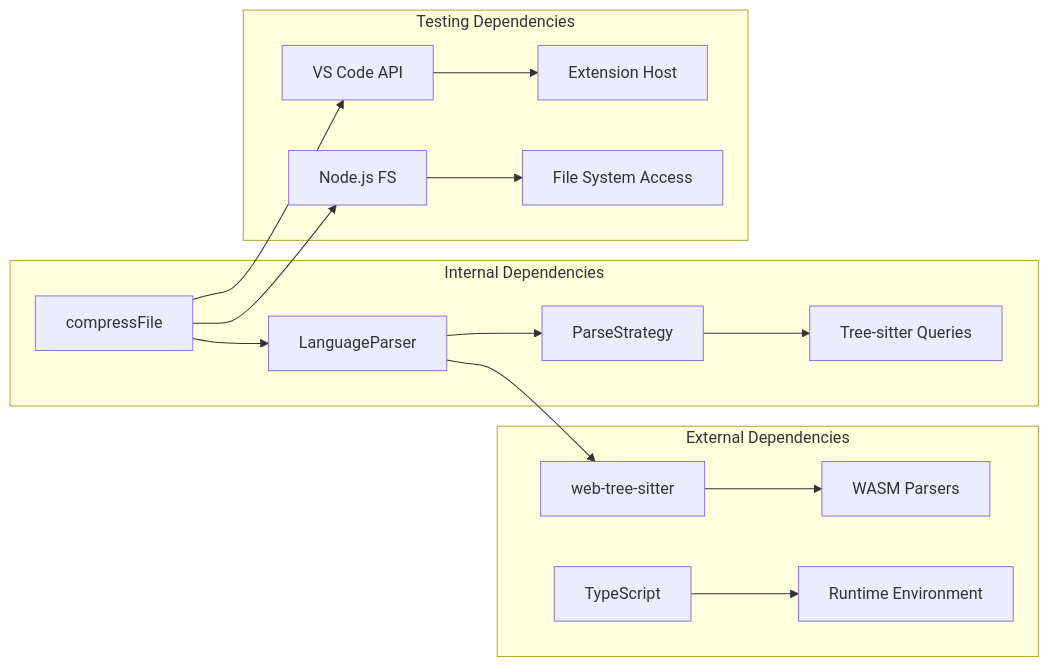
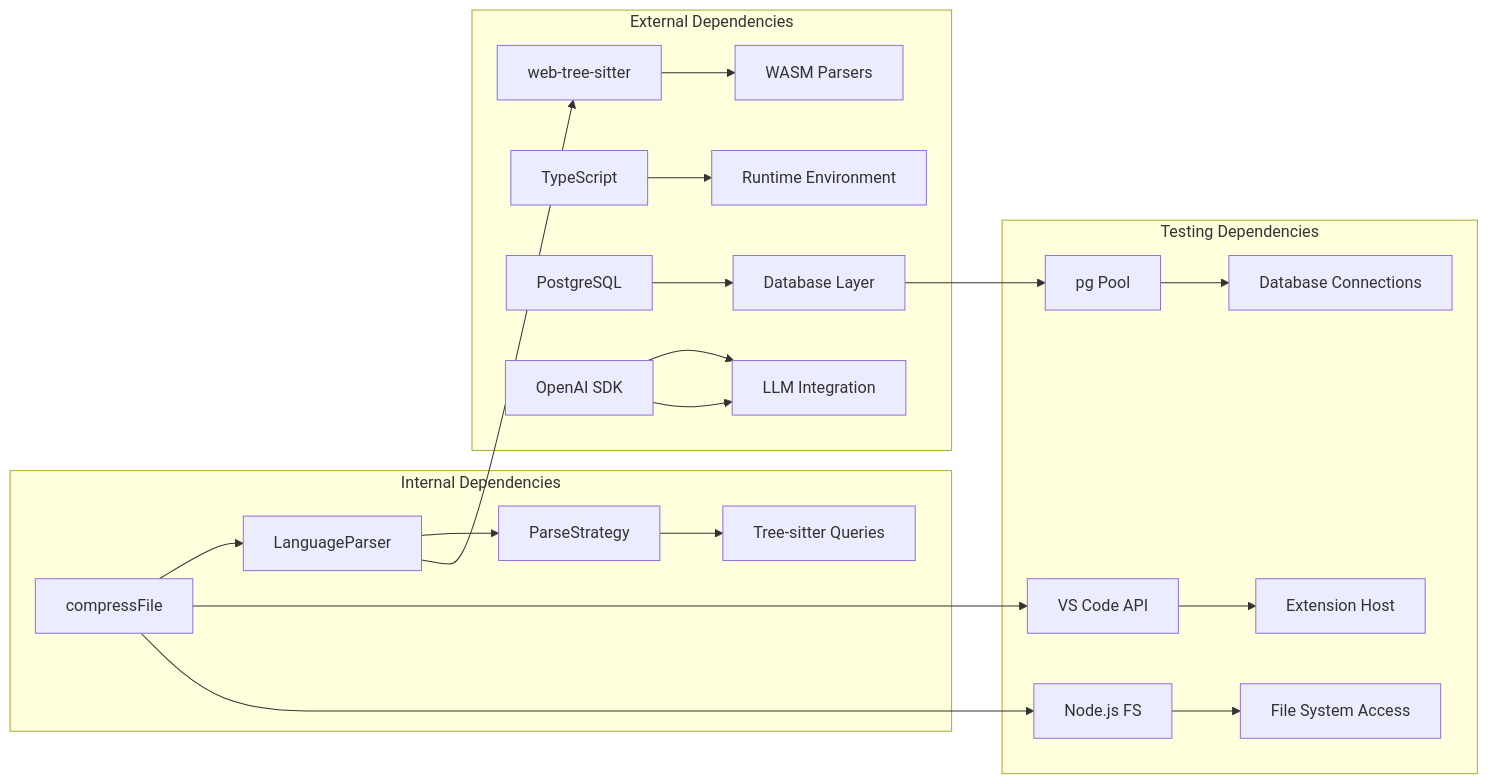
One commit to bramburn/repomix-runner changed the sixth of 6 diagrams in .qoder/repowiki/en/content/Testing Framework/Compression Testing Framework.md. Above: the diagram before and after it, drawn with Mermaid. The commit also changed other lines of this file and 14 other files, not shown here.

````diff
--- a/.qoder/repowiki/en/content/Testing Framework/Compression Testing Framework.md
+++ b/.qoder/repowiki/en/content/Testing Framework/Compression Testing Framework.md
@@ -266,19 +338,24 @@
 ```mermaid
 graph LR
 subgraph "Internal Dependencies"
 A[compressFile] --> B[LanguageParser]
 B --> C[ParseStrategy]
 C --> D[Tree-sitter Queries]
 end
 subgraph "External Dependencies"
 E[web-tree-sitter] --> F[WASM Parsers]
 G[TypeScript] --> H[Runtime Environment]
+I[PostgreSQL] --> J[Database Layer]
+K[OpenAI SDK] --> L[LLM Integration]
 end
 subgraph "Testing Dependencies"
-I[VS Code API] --> J[Extension Host]
-K[Node.js FS] --> L[File System Access]
+M[VS Code API] --> N[Extension Host]
+O[Node.js FS] --> P[File System Access]
+Q[pg Pool] --> R[Database Connections]
 end
 B --> E
-A --> I
-A --> K
+A --> M
+A --> O
+J --> Q
+K --> L
 ```
````
